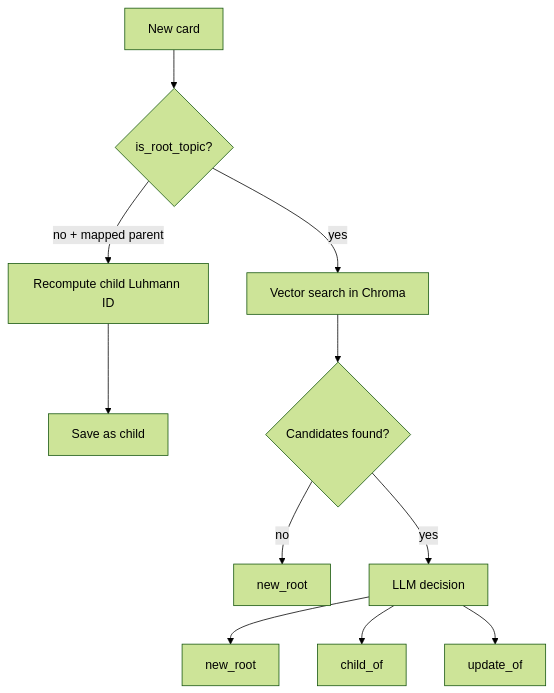
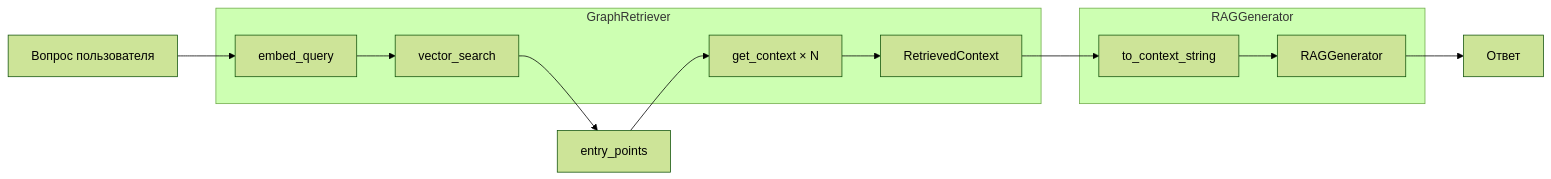
Before and after one commit to nastyakon14/Executive_Exocortex: the second of 4 diagrams in README.md, drawn with Mermaid (forest theme). The commit also changed other lines of this file and 24 other files, not shown here.

Commit message:
add graphrag and vizualize dashboard

````diff
--- a/README.md
+++ b/README.md
@@ -156,13 +600,23 @@
 ```mermaid
-flowchart TD
-    A[New card] --> B{is_root_topic?}
-    B -- no + mapped parent --> C[Recompute child Luhmann ID]
-    C --> D[Save as child]
-    B -- yes --> E[Vector search in Chroma]
-    E --> F{Candidates found?}
-    F -- no --> G[new_root]
-    F -- yes --> H[LLM decision]
-    H --> I[new_root]
-    H --> J[child_of]
-    H --> K[update_of]
+flowchart LR
+    Q[Вопрос пользователя] --> E[embed_query]
+    E --> VS[vector_search]
+    VS --> EP[entry_points]
+    EP --> GC[get_context × N]
+    GC --> RC[RetrievedContext]
+    RC --> FMT[to_context_string]
+    FMT --> LLM[RAGGenerator]
+    LLM --> A[Ответ]
+
+    subgraph retriever [GraphRetriever]
+        E
+        VS
+        GC
+        RC
+    end
+
+    subgraph generator [RAGGenerator]
+        FMT
+        LLM
+    end
 ```
````
